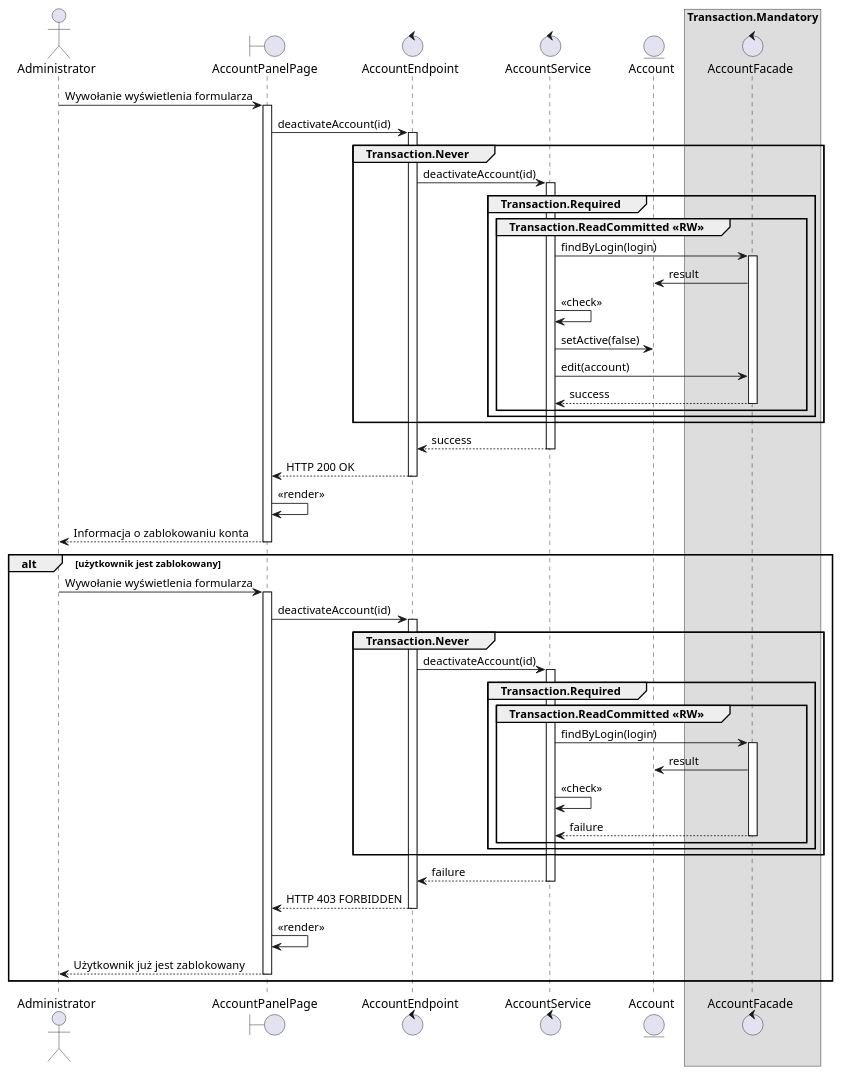
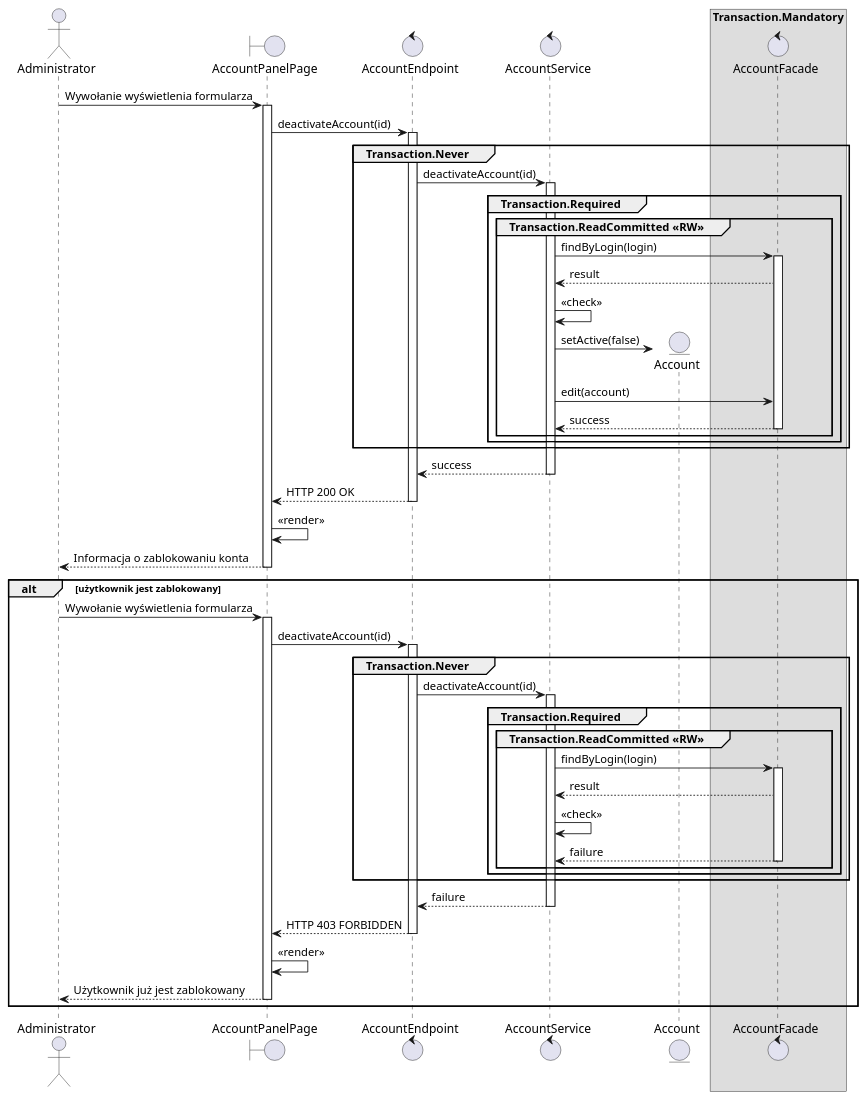
The diagram in src/rozdział 11/mok3.puml (TheVivent-Politechnika-Lodzka/ssbd03_kic_uml), drawn with PlantUML before and after one commit. The commit also changed 6 other files, not shown here.

```diff
--- a/src/rozdział 11/mok3.puml
+++ b/src/rozdział 11/mok3.puml
@@ -1,58 +1,58 @@
 @startuml MOK.3 - Zablokuj konto
 
 actor Administrator as admin
 boundary AccountPanelPage as gui
 control AccountEndpoint as controller
 control AccountService as service
 entity Account as account
 control AccountFacade as facade
 
 skinparam backgroundcolor transparent
 box Transaction.Mandatory 
     participant facade
 end box
 
 admin -> gui ++ : Wywołanie wyświetlenia formularza
 gui -> controller ++ : deactivateAccount(id)
 group Transaction.Never
     controller -> service ++ : deactivateAccount(id) 
     group Transaction.Required
         group Transaction.ReadCommitted <<RW>>
             service -> facade ++ : findByLogin(login)
-            facade -> account : result
+            facade --> service : result
             service -> service : <<check>>
-            service -> account : setActive(false)
+            service -> account ** : setActive(false)
             service -> facade : edit(account)
             return success
         end
     end
 end
 
 return success
 return HTTP 200 OK
 gui -> gui : <<render>>
 return Informacja o zablokowaniu konta
 
 alt użytkownik jest zablokowany
     admin -> gui ++ : Wywołanie wyświetlenia formularza
     gui -> controller ++ : deactivateAccount(id)
     group Transaction.Never
         controller -> service ++ : deactivateAccount(id) 
             group Transaction.Required
                 group Transaction.ReadCommitted <<RW>>
                     service -> facade ++: findByLogin(login)
-                    facade -> account  : result
+                    facade --> service  : result
                     service -> service : <<check>>
                 
                     return failure
                 end
             end
         end
         return failure
     return HTTP 403 FORBIDDEN
     gui -> gui : <<render>>
 return Użytkownik już jest zablokowany
 end
 
 
 @enduml
```
